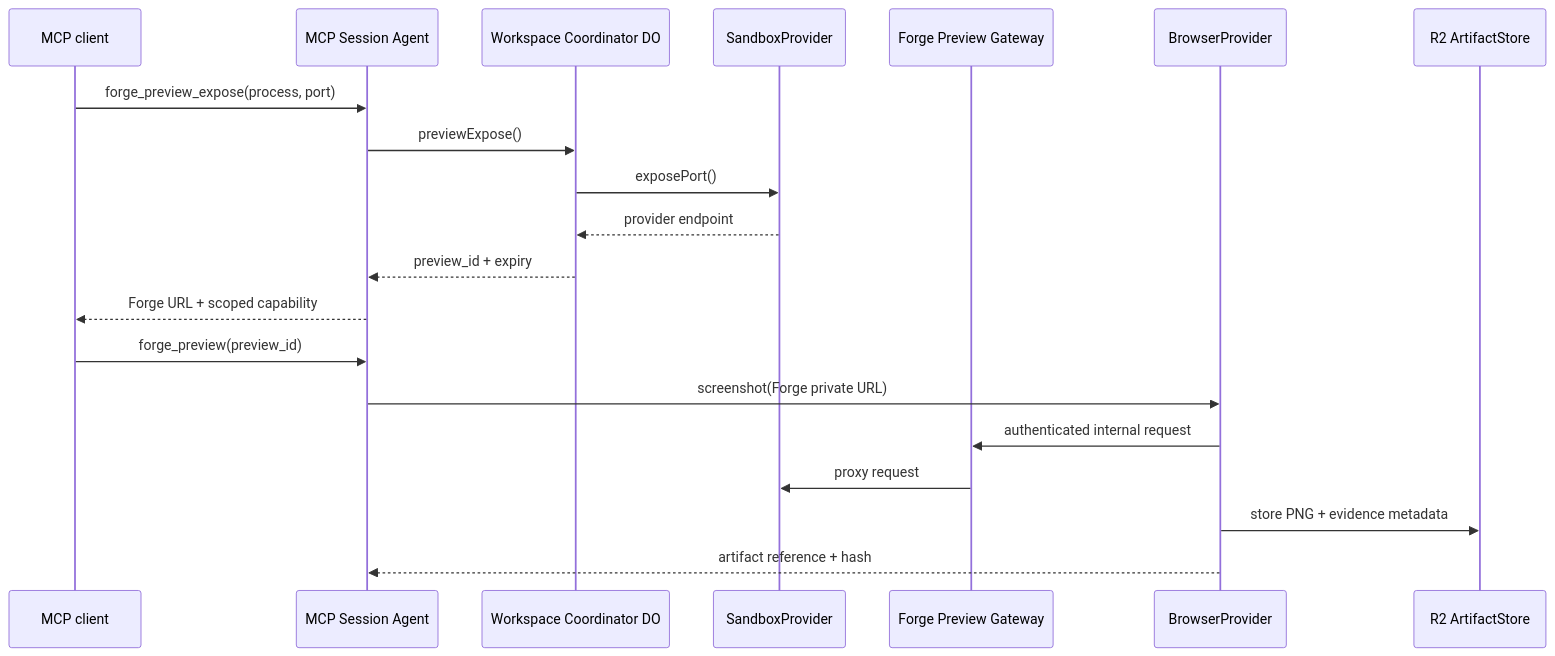
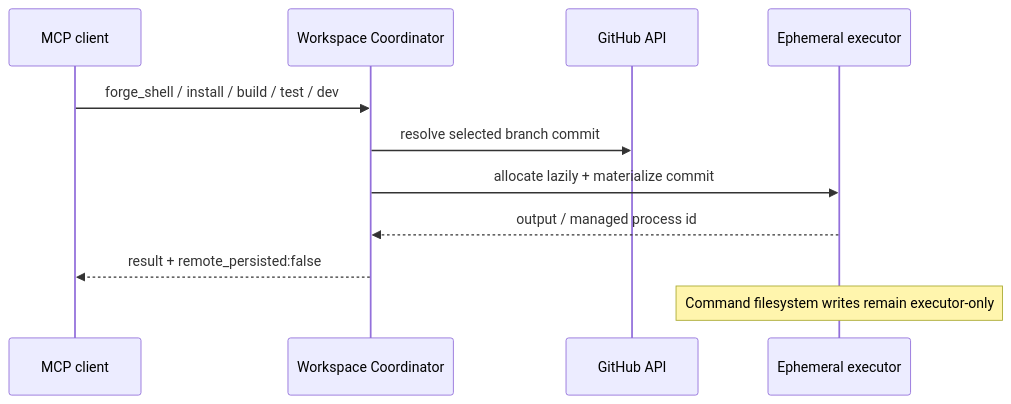
The second of 4 diagrams in docs/architecture/sequences.md (timc0y/forge-mcp), drawn with Mermaid before and after one commit. The commit also changed other lines of this file and 35 other files, not shown here.

Commit message:
Make GitHub the durable CRUD plane

````diff
--- a/docs/architecture/sequences.md
+++ b/docs/architecture/sequences.md
@@ -29,23 +21,14 @@
 ```mermaid
 sequenceDiagram
   participant C as MCP client
-  participant M as MCP Session Agent
-  participant D as Workspace Coordinator DO
-  participant S as SandboxProvider
-  participant P as Forge Preview Gateway
-  participant B as BrowserProvider
-  participant R as R2 ArtifactStore
+  participant D as Workspace Coordinator
+  participant GH as GitHub API
+  participant E as Ephemeral executor
 
-  C->>M: forge_preview_expose(process, port)
-  M->>D: previewExpose()
-  D->>S: exposePort()
-  S-->>D: provider endpoint
-  D-->>M: preview_id + expiry
-  M-->>C: Forge URL + scoped capability
-  C->>M: forge_preview(preview_id)
-  M->>B: screenshot(Forge private URL)
-  B->>P: authenticated internal request
-  P->>S: proxy request
-  B->>R: store PNG + evidence metadata
-  B-->>M: artifact reference + hash
+  C->>D: forge_shell / install / build / test / dev
+  D->>GH: resolve selected branch commit
+  D->>E: allocate lazily + materialize commit
+  E-->>D: output / managed process id
+  D-->>C: result + remote_persisted:false
+  Note over E: Command filesystem writes remain executor-only
 ```
````
